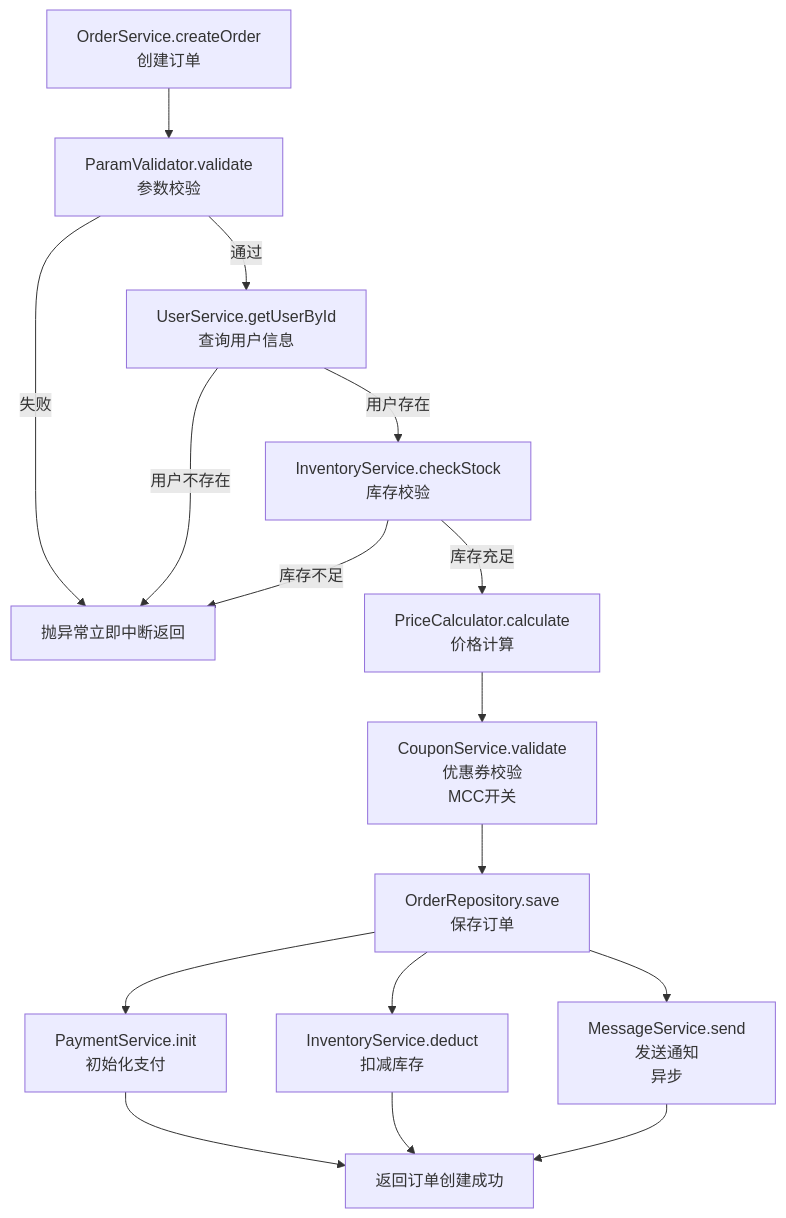
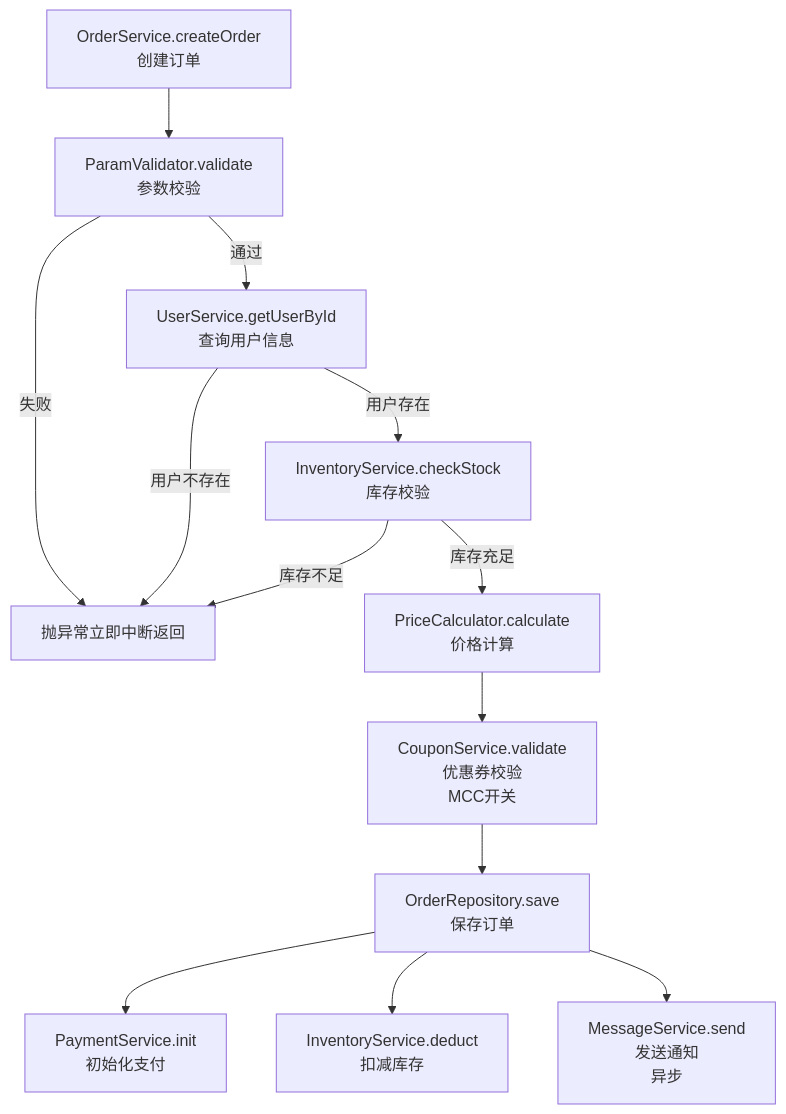
One commit to syntax-ghost-x/skill-vault changed the diagram in code-weave/SKILL.md. Above: the diagram before and after it, drawn with Mermaid. The commit also changed other lines of this file and 1 other file, not shown here.

````diff
--- a/code-weave/SKILL.md
+++ b/code-weave/SKILL.md
@@ -48,18 +55,17 @@
 ```mermaid
 flowchart TD
     Entry["OrderService.createOrder<br>创建订单"]
     Entry --> ParamCheck["ParamValidator.validate<br>参数校验"]
     ParamCheck -->|失败| ReturnErr["抛异常立即中断返回"]
     ParamCheck -->|通过| QueryUser["UserService.getUserById<br>查询用户信息"]
     QueryUser -->|用户不存在| ReturnErr
     QueryUser -->|用户存在| StockCheck["InventoryService.checkStock<br>库存校验"]
     StockCheck -->|库存不足| ReturnErr
     StockCheck -->|库存充足| PriceCalc["PriceCalculator.calculate<br>价格计算"]
     PriceCalc --> Coupon["CouponService.validate<br>优惠券校验<br>MCC开关"]
     Coupon --> SaveOrder["OrderRepository.save<br>保存订单"]
     SaveOrder --> PayInit & StockDeduct & Notify
     PayInit["PaymentService.init<br>初始化支付"]
     StockDeduct["InventoryService.deduct<br>扣减库存"]
     Notify["MessageService.send<br>发送通知<br>异步"]
-    PayInit & StockDeduct & Notify --> Done["返回订单创建成功"]
 ```
````
